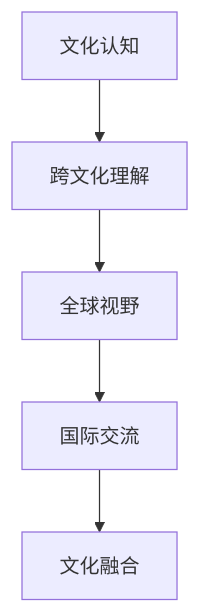
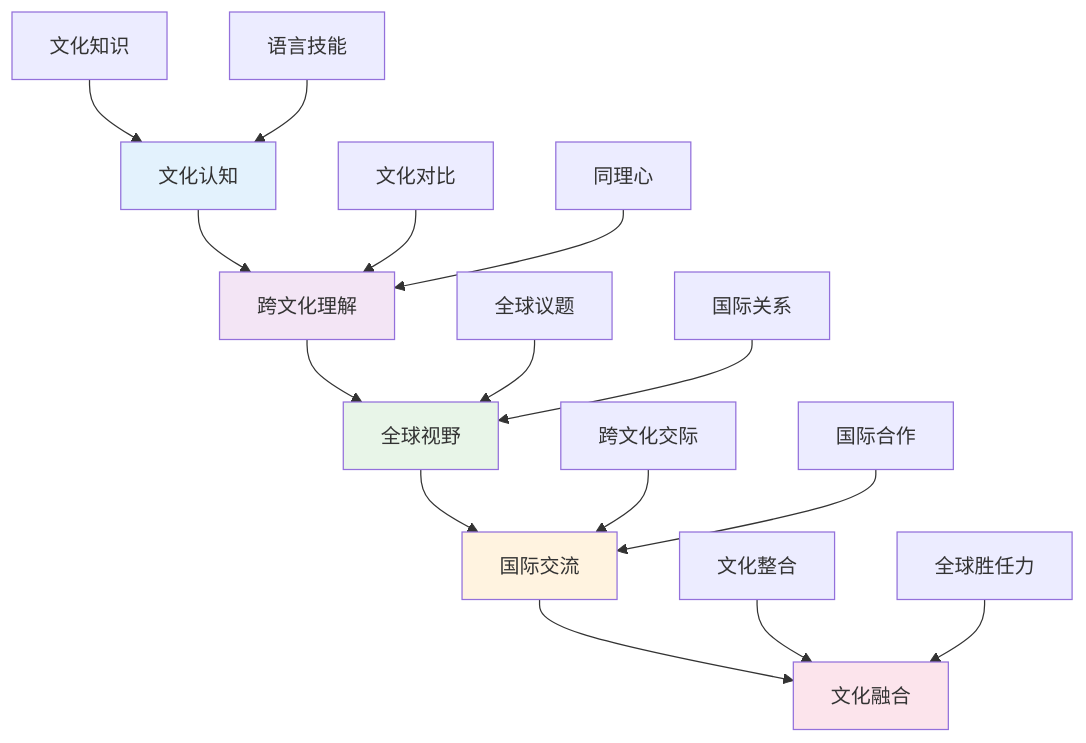
One commit to AdaMartin18010/SeniorEnducation changed the second of 7 diagrams in 03-应用实践领域/03-国际化视野培养.md. Above: the diagram before and after it, drawn with Mermaid. The commit also changed other lines of this file and 16 other files, not shown here.

````diff
--- a/03-应用实践领域/03-国际化视野培养.md
+++ b/03-应用实践领域/03-国际化视野培养.md
@@ -227,7 +137,24 @@
 ```mermaid
 graph TD
     A[文化认知] --> B[跨文化理解]
     B --> C[全球视野]
     C --> D[国际交流]
     D --> E[文化融合]
+    
+    A1[文化知识] --> A
+    A2[语言技能] --> A
+    B1[文化对比] --> B
+    B2[同理心] --> B
+    C1[全球议题] --> C
+    C2[国际关系] --> C
+    D1[跨文化交际] --> D
+    D2[国际合作] --> D
+    E1[文化整合] --> E
+    E2[全球胜任力] --> E
+    
+    style A fill:#e3f2fd
+    style B fill:#f3e5f5
+    style C fill:#e8f5e8
+    style D fill:#fff3e0
+    style E fill:#fce4ec
 ```
````
